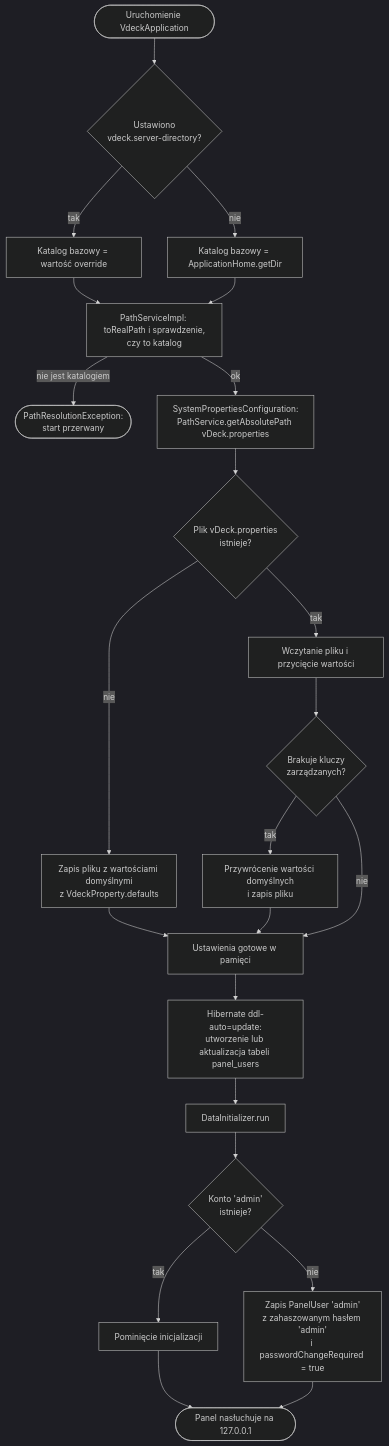
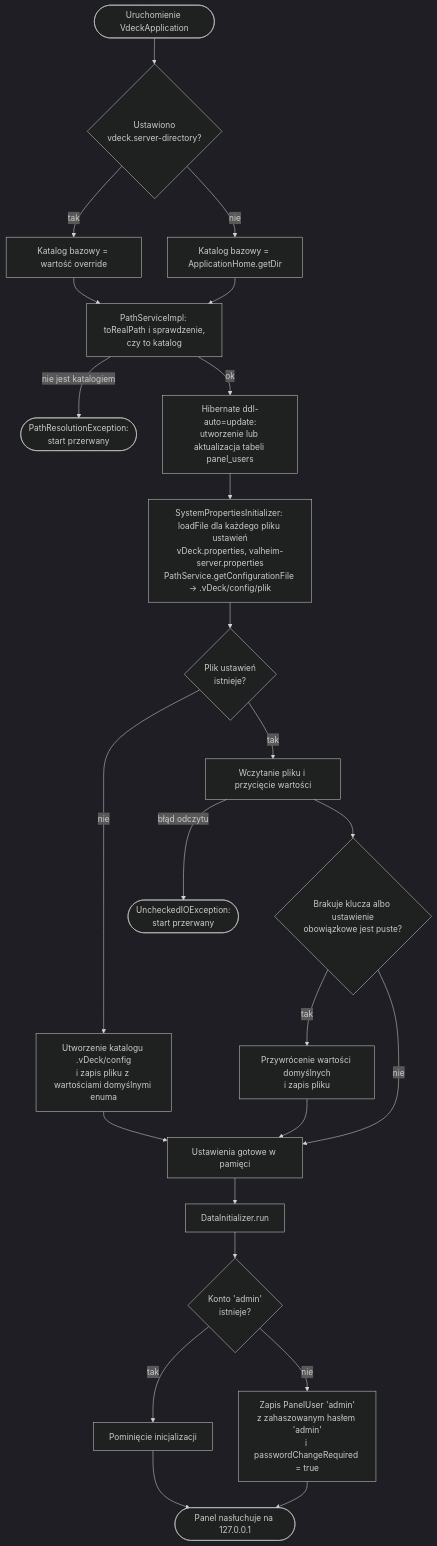
One commit to Pplociennik/vDeck changed the diagram in dokumentacja/diagramy/wspolne/przeplyw-start-aplikacji.mmd. Above: the diagram before and after it, drawn with Mermaid (dark theme). The commit also changed 100 other files, not shown here.

First line of the commit message:
[VDEC-6] ADD: Created panels for managing valheim server launch prope… (#5)

```diff
--- a/dokumentacja/diagramy/wspolne/przeplyw-start-aplikacji.mmd
+++ b/dokumentacja/diagramy/wspolne/przeplyw-start-aplikacji.mmd
@@ -1,24 +1,25 @@
 %% Diagram przepływu: start aplikacji vDeck i przygotowanie środowiska
 flowchart TD
     start([Uruchomienie VdeckApplication]) --> home{Ustawiono<br/>vdeck.server-directory?}
     home -- tak --> configured[Katalog bazowy = wartość override]
     home -- nie --> appHome[Katalog bazowy = ApplicationHome.getDir]
     configured --> real[PathServiceImpl: toRealPath i sprawdzenie,<br/>czy to katalog]
     appHome --> real
     real -- nie jest katalogiem --> fail([PathResolutionException:<br/>start przerwany])
-    real -- ok --> props[SystemPropertiesConfiguration:<br/>PathService.getAbsolutePath vDeck.properties]
-    props --> exists{Plik vDeck.properties<br/>istnieje?}
-    exists -- nie --> create[Zapis pliku z wartościami domyślnymi<br/>z VdeckProperty.defaults]
+    real -- ok --> schema[Hibernate ddl-auto=update:<br/>utworzenie lub aktualizacja tabeli panel_users]
+    schema --> props[SystemPropertiesInitializer: loadFile dla każdego pliku ustawień<br/>vDeck.properties, valheim-server.properties<br/>PathService.getConfigurationFile → .vDeck/config/plik]
+    props --> exists{Plik ustawień<br/>istnieje?}
+    exists -- nie --> create[Utworzenie katalogu .vDeck/config<br/>i zapis pliku z wartościami domyślnymi enuma]
     exists -- tak --> read[Wczytanie pliku i przycięcie wartości]
-    read --> missing{Brakuje kluczy<br/>zarządzanych?}
+    read -- błąd odczytu --> readFail([UncheckedIOException:<br/>start przerwany])
+    read --> missing{Brakuje klucza albo ustawienie<br/>obowiązkowe jest puste?}
     missing -- tak --> restore[Przywrócenie wartości domyślnych<br/>i zapis pliku]
     missing -- nie --> ready[Ustawienia gotowe w pamięci]
     create --> ready
     restore --> ready
-    ready --> schema[Hibernate ddl-auto=update:<br/>utworzenie lub aktualizacja tabeli panel_users]
-    schema --> init[DataInitializer.run]
+    ready --> init[DataInitializer.run]
     init --> adminExists{Konto 'admin'<br/>istnieje?}
     adminExists -- tak --> skip[Pominięcie inicjalizacji]
     adminExists -- nie --> createAdmin[Zapis PanelUser 'admin'<br/>z zahaszowanym hasłem 'admin'<br/>i passwordChangeRequired = true]
     skip --> up([Panel nasłuchuje na 127.0.0.1])
     createAdmin --> up
```
